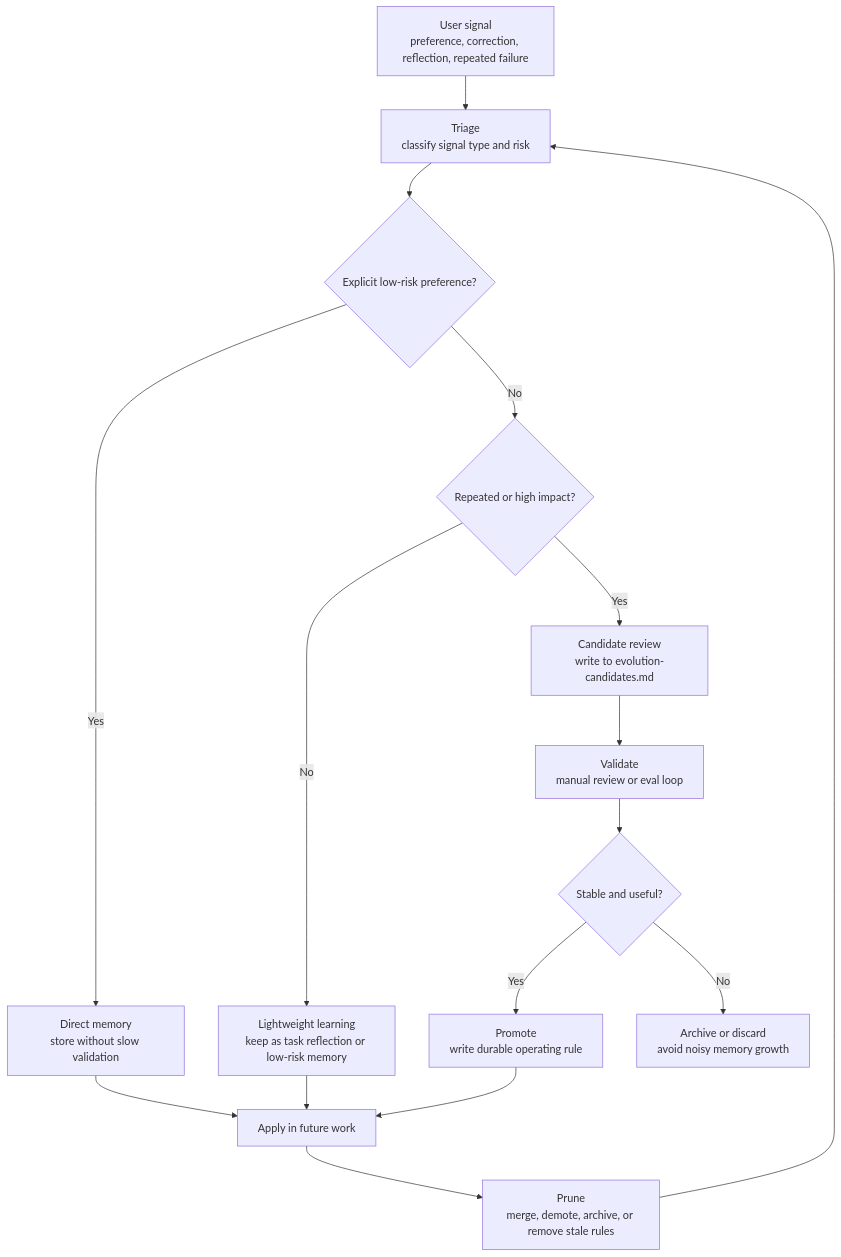
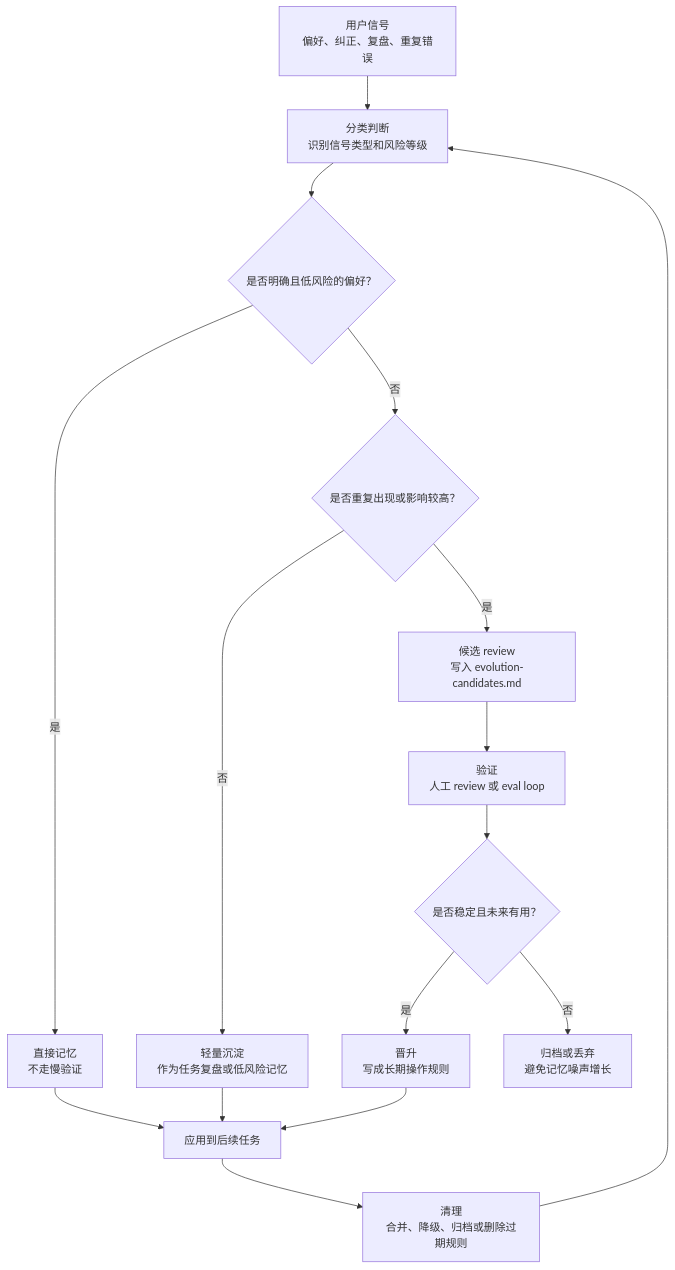
One commit to chemny/self-improving-skills changed the diagram in README.md. Above: the diagram before and after it, drawn with Mermaid. The commit also changed other lines of this file and 31 other files, not shown here.

````diff
--- a/README.md
+++ b/README.md
@@ -114,18 +114,18 @@
 ```mermaid
 flowchart TD
-  A["User signal<br/>preference, correction, reflection, repeated failure"] --> B["Triage<br/>classify signal type and risk"]
-  B --> C{"Explicit low-risk preference?"}
-  C -->|Yes| D["Direct memory<br/>store without slow validation"]
-  C -->|No| E{"Repeated or high impact?"}
-  E -->|Yes| F["Candidate review<br/>write to evolution-candidates.md"]
-  E -->|No| G["Lightweight learning<br/>keep as task reflection or low-risk memory"]
-  F --> H["Validate<br/>manual review or eval loop"]
-  H --> I{"Stable and useful?"}
-  I -->|Yes| J["Promote<br/>write durable operating rule"]
-  I -->|No| K["Archive or discard<br/>avoid noisy memory growth"]
-  D --> L["Apply in future work"]
+  A["用户信号<br/>偏好、纠正、复盘、重复错误"] --> B["分类判断<br/>识别信号类型和风险等级"]
+  B --> C{"是否明确且低风险的偏好？"}
+  C -->|是| D["直接记忆<br/>不走慢验证"]
+  C -->|否| E{"是否重复出现或影响较高？"}
+  E -->|是| F["候选 review<br/>写入 evolution-candidates.md"]
+  E -->|否| G["轻量沉淀<br/>作为任务复盘或低风险记忆"]
+  F --> H["验证<br/>人工 review 或 eval loop"]
+  H --> I{"是否稳定且未来有用？"}
+  I -->|是| J["晋升<br/>写成长期操作规则"]
+  I -->|否| K["归档或丢弃<br/>避免记忆噪声增长"]
+  D --> L["应用到后续任务"]
   G --> L
   J --> L
-  L --> M["Prune<br/>merge, demote, archive, or remove stale rules"]
+  L --> M["清理<br/>合并、降级、归档或删除过期规则"]
   M --> B
 ```
````
